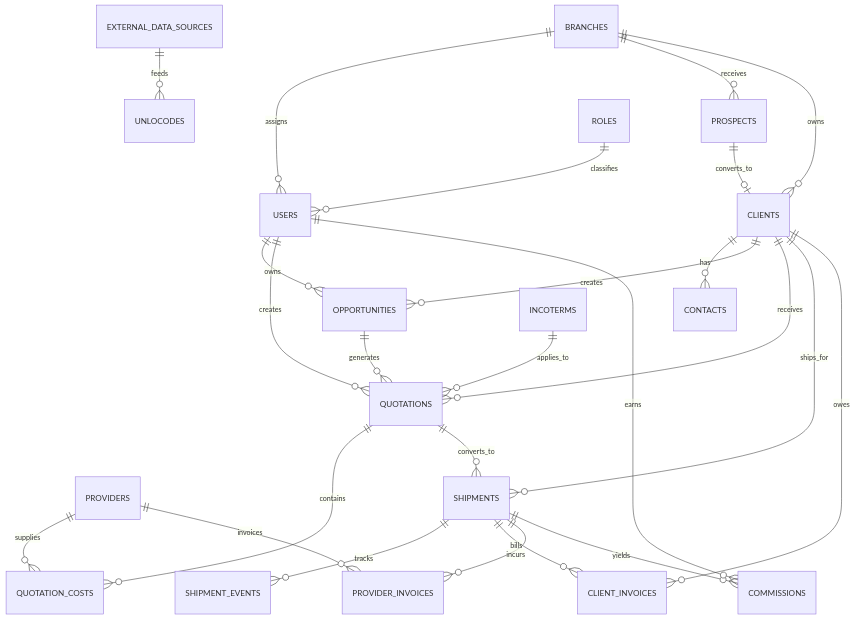
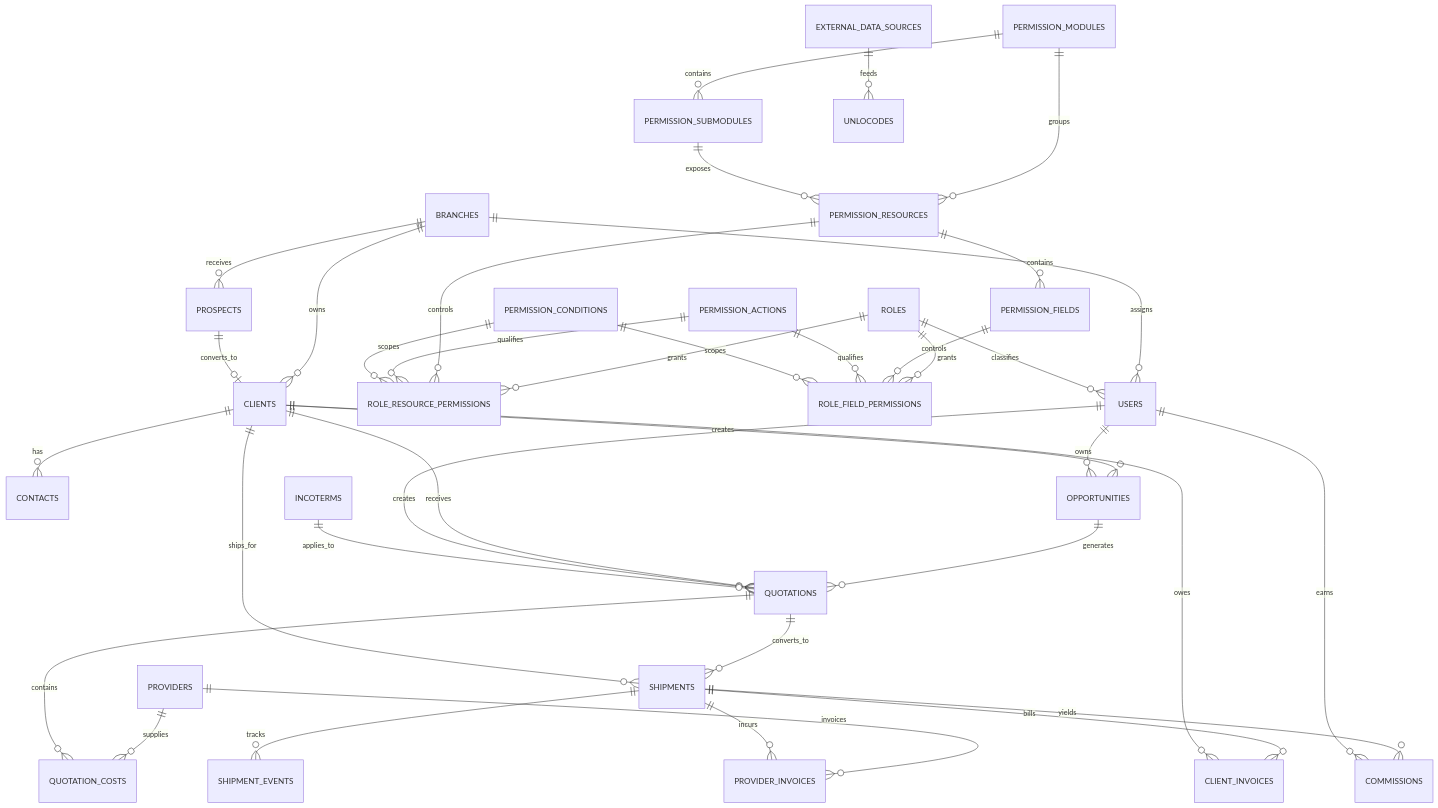
The diagram in AI_SYSTEM/AI_DATABASE_RELATION_GRAPH.md (priorityfreight/erp-priority), drawn with Mermaid before and after one commit. The commit also changed other lines of this file and 45 other files, not shown here.

````diff
--- a/AI_SYSTEM/AI_DATABASE_RELATION_GRAPH.md
+++ b/AI_SYSTEM/AI_DATABASE_RELATION_GRAPH.md
@@ -36,34 +36,46 @@
 ```mermaid
 erDiagram
     BRANCHES ||--o{ USERS : assigns
+    PERMISSION_MODULES ||--o{ PERMISSION_SUBMODULES : contains
+    PERMISSION_MODULES ||--o{ PERMISSION_RESOURCES : groups
+    PERMISSION_SUBMODULES ||--o{ PERMISSION_RESOURCES : exposes
+    PERMISSION_RESOURCES ||--o{ PERMISSION_FIELDS : contains
+    ROLES ||--o{ ROLE_RESOURCE_PERMISSIONS : grants
+    ROLES ||--o{ ROLE_FIELD_PERMISSIONS : grants
+    PERMISSION_RESOURCES ||--o{ ROLE_RESOURCE_PERMISSIONS : controls
+    PERMISSION_FIELDS ||--o{ ROLE_FIELD_PERMISSIONS : controls
+    PERMISSION_ACTIONS ||--o{ ROLE_RESOURCE_PERMISSIONS : qualifies
+    PERMISSION_ACTIONS ||--o{ ROLE_FIELD_PERMISSIONS : qualifies
+    PERMISSION_CONDITIONS ||--o{ ROLE_RESOURCE_PERMISSIONS : scopes
+    PERMISSION_CONDITIONS ||--o{ ROLE_FIELD_PERMISSIONS : scopes
     EXTERNAL_DATA_SOURCES ||--o{ UNLOCODES : feeds
     BRANCHES ||--o{ PROSPECTS : receives
     BRANCHES ||--o{ CLIENTS : owns
     ROLES ||--o{ USERS : classifies
 
     PROSPECTS ||--o| CLIENTS : converts_to
     CLIENTS ||--o{ CONTACTS : has
     CLIENTS ||--o{ OPPORTUNITIES : creates
     USERS ||--o{ OPPORTUNITIES : owns
 
     OPPORTUNITIES ||--o{ QUOTATIONS : generates
     CLIENTS ||--o{ QUOTATIONS : receives
     USERS ||--o{ QUOTATIONS : creates
     INCOTERMS ||--o{ QUOTATIONS : applies_to
 
     PROVIDERS ||--o{ QUOTATION_COSTS : supplies
     QUOTATIONS ||--o{ QUOTATION_COSTS : contains
 
     QUOTATIONS ||--o{ SHIPMENTS : converts_to
     CLIENTS ||--o{ SHIPMENTS : ships_for
     SHIPMENTS ||--o{ SHIPMENT_EVENTS : tracks
 
     SHIPMENTS ||--o{ CLIENT_INVOICES : bills
     CLIENTS ||--o{ CLIENT_INVOICES : owes
 
     PROVIDERS ||--o{ PROVIDER_INVOICES : invoices
     SHIPMENTS ||--o{ PROVIDER_INVOICES : incurs
 
     SHIPMENTS ||--o{ COMMISSIONS : yields
     USERS ||--o{ COMMISSIONS : earns
 ```
````
